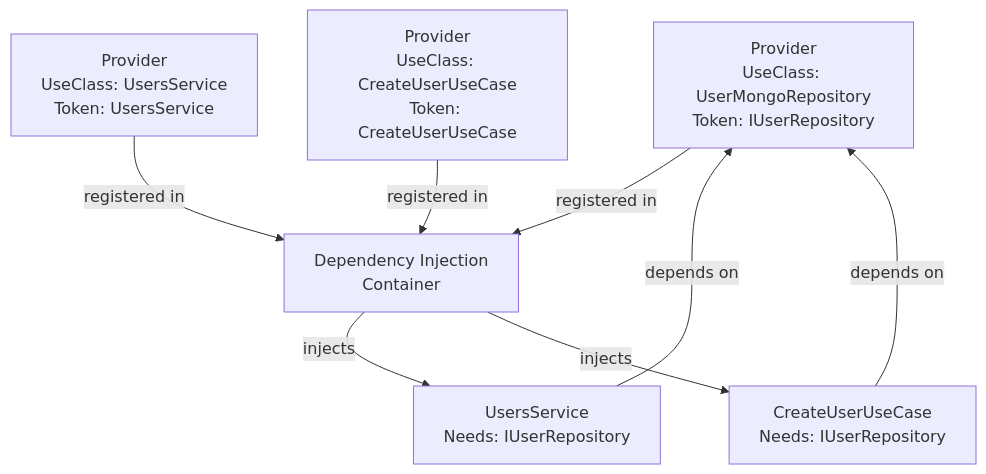
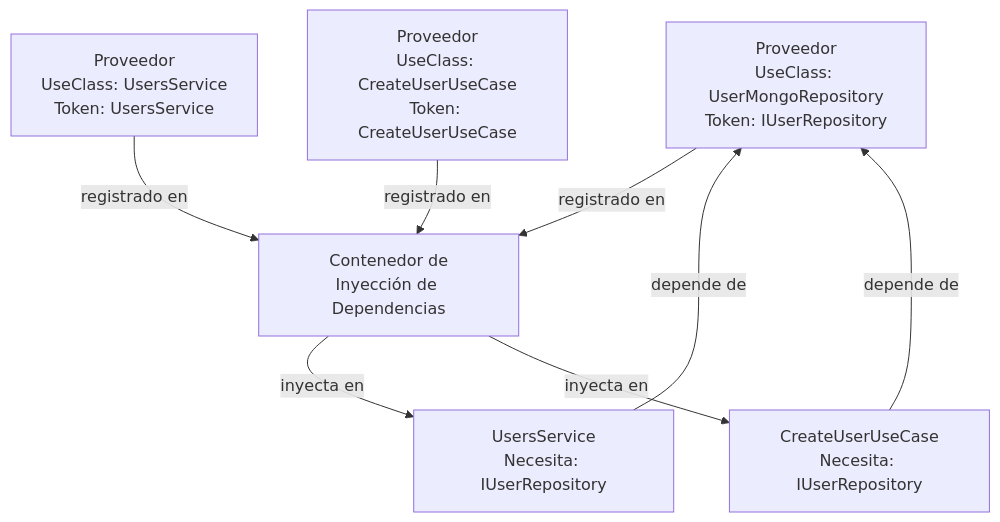
The third of 4 diagrams in docs-post-message/docs/backend/architecture/module-structure.md (Byroncl/laboratory-reviews), drawn with Mermaid before and after one commit. The commit also changed other lines of this file and 17 other files, not shown here.

Commit message:
refactor: implement clean architecture patterns with domains, repositories, use cases, constants, and comprehensive tests

````diff
--- a/docs-post-message/docs/backend/architecture/module-structure.md
+++ b/docs-post-message/docs/backend/architecture/module-structure.md
@@ -253,21 +253,21 @@
 ```mermaid
 graph TB
-    Provider1["Provider<br/>UseClass: UserMongoRepository<br/>Token: IUserRepository"]
-    Provider2["Provider<br/>UseClass: UsersService<br/>Token: UsersService"]
-    Provider3["Provider<br/>UseClass: CreateUserUseCase<br/>Token: CreateUserUseCase"]
+    Provider1["Proveedor<br/>UseClass: UserMongoRepository<br/>Token: IUserRepository"]
+    Provider2["Proveedor<br/>UseClass: UsersService<br/>Token: UsersService"]
+    Provider3["Proveedor<br/>UseClass: CreateUserUseCase<br/>Token: CreateUserUseCase"]
     
-    Service["UsersService<br/>Needs: IUserRepository"]
-    UseCase["CreateUserUseCase<br/>Needs: IUserRepository"]
+    Service["UsersService<br/>Necesita: IUserRepository"]
+    UseCase["CreateUserUseCase<br/>Necesita: IUserRepository"]
     
-    DIContainer["Dependency Injection<br/>Container"]
+    DIContainer["Contenedor de<br/>Inyección de Dependencias"]
     
-    Provider1 -->|registered in| DIContainer
-    Provider2 -->|registered in| DIContainer
-    Provider3 -->|registered in| DIContainer
+    Provider1 -->|registrado en| DIContainer
+    Provider2 -->|registrado en| DIContainer
+    Provider3 -->|registrado en| DIContainer
     
-    DIContainer -->|injects| Service
-    DIContainer -->|injects| UseCase
+    DIContainer -->|inyecta en| Service
+    DIContainer -->|inyecta en| UseCase
     
-    Service -->|depends on| Provider1
-    UseCase -->|depends on| Provider1
+    Service -->|depende de| Provider1
+    UseCase -->|depende de| Provider1
 ```
````
